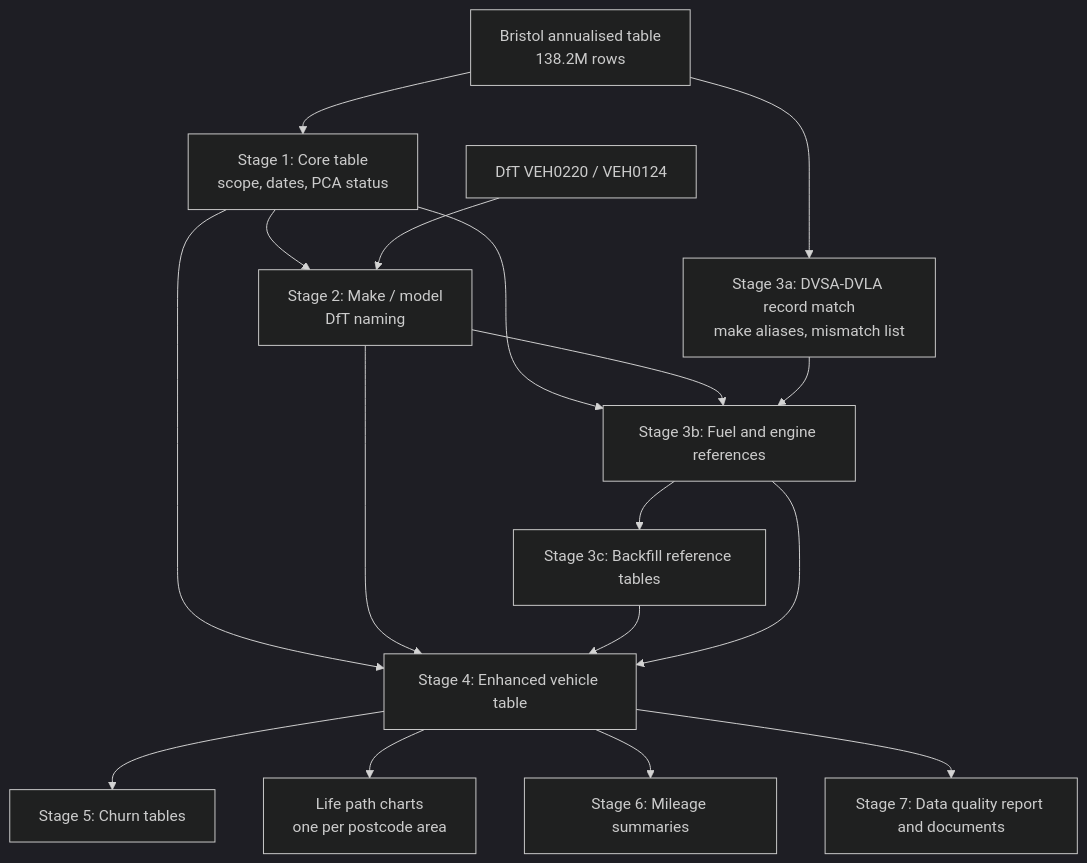
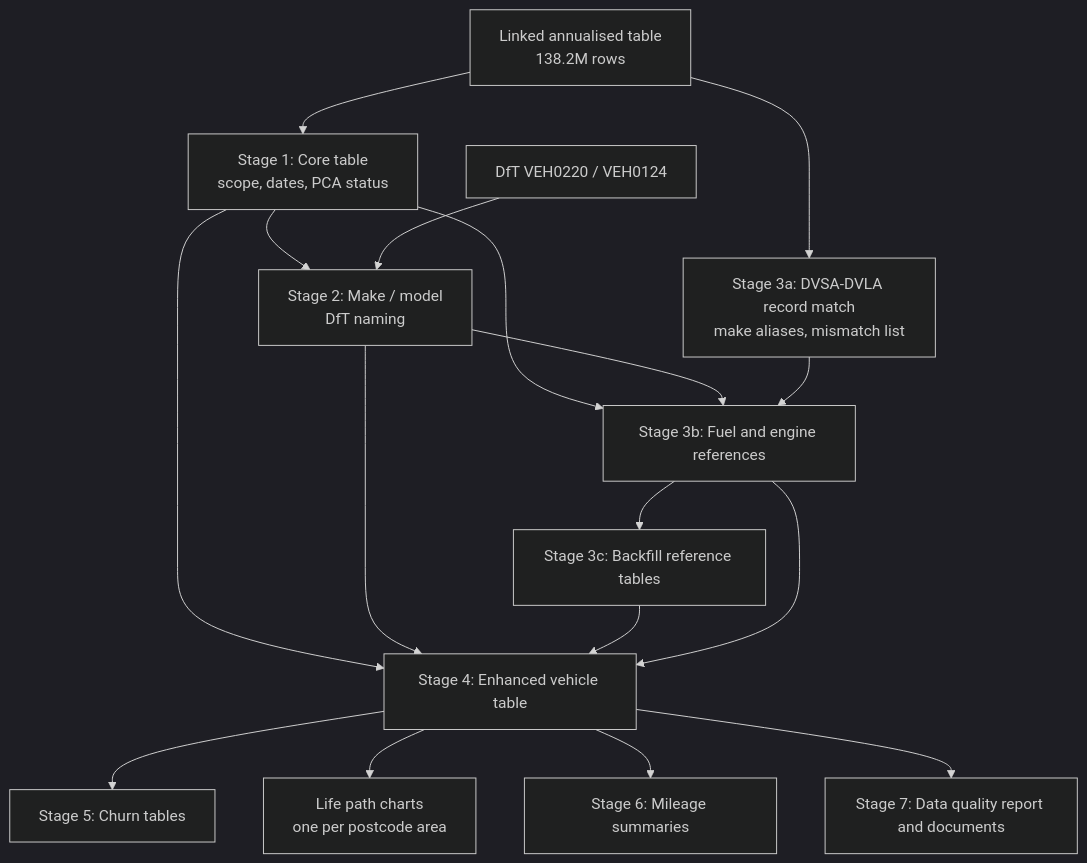
Before and after one commit to CARS-Project/documentation: the diagram in reports/methodology.md, drawn with Mermaid (dark theme). The commit also changed other lines of this file and 27 other files, not shown here.

````diff
--- a/reports/methodology.md
+++ b/reports/methodology.md
@@ -116,19 +117,19 @@
 ``` mermaid
 flowchart TD
-    A[Bristol annualised table<br/>138.2M rows] --> B[Stage 1: Core table<br/>scope, dates, PCA status]
+    A[Linked annualised table<br/>138.2M rows] --> B[Stage 1: Core table<br/>scope, dates, PCA status]
     A --> M[Stage 3a: DVSA-DVLA record match<br/>make aliases, mismatch list]
     B --> C[Stage 2: Make / model<br/>DfT naming]
     T[DfT VEH0220 / VEH0124] --> C
     B --> F[Stage 3b: Fuel and engine references]
     C --> F
     M --> F
     F --> D[Stage 3c: Backfill reference tables]
     B --> E[Stage 4: Enhanced vehicle table]
     C --> E
     D --> E
     F --> E
     E --> G[Stage 5: Churn tables]
     E --> L[Life path charts<br/>one per postcode area]
     E --> H[Stage 6: Mileage summaries]
     E --> I[Stage 7: Data quality report and documents]
 ```
````
